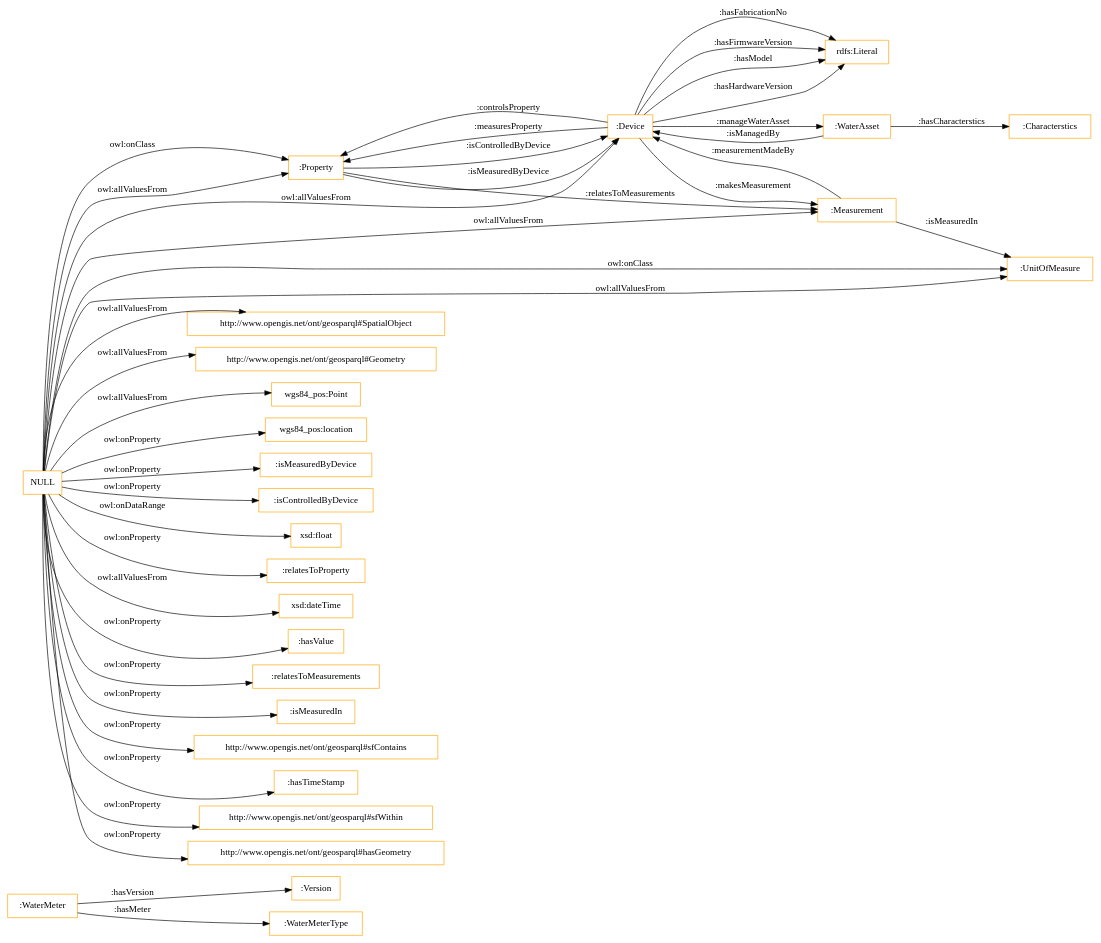
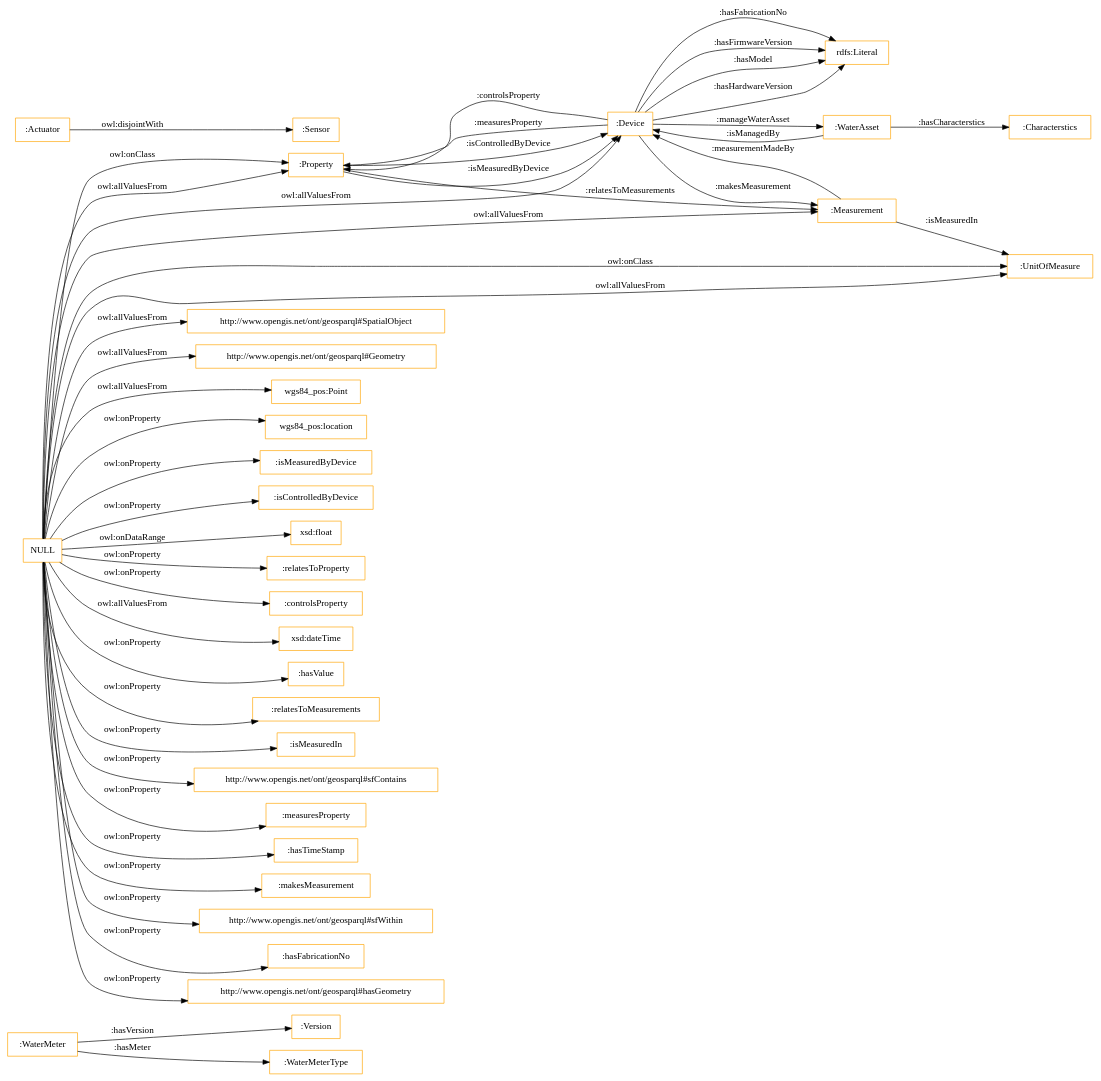
The diagram in OnToology/S4Water.owl/diagrams/ar2dtool-class/S4Water.owl.png.dot (tiwari2019/S4WATR-1), drawn with Graphviz before and after one commit. The commit also changed 8 other files, not shown here.

```diff
--- a/OnToology/S4Water.owl/diagrams/ar2dtool-class/S4Water.owl.png.dot
+++ b/OnToology/S4Water.owl/diagrams/ar2dtool-class/S4Water.owl.png.dot
@@ -1,45 +1,50 @@
 digraph ar2dtool_diagram { 
 rankdir=LR;
 size="1501"
-node [shape = rectangle, color="orange"]; ":Version" ":Property" ":WaterMeterType" ":WaterAsset" ":WaterMeter" ":Device" "http://www.opengis.net/ont/geosparql#SpatialObject" "http://www.opengis.net/ont/geosparql#Geometry" ":UnitOfMeasure" "wgs84_pos:Point" ":Measurement" ":Characterstics" ; /*classes style*/
+node [shape = rectangle, color="orange"]; ":Version" ":Property" ":WaterMeterType" ":WaterAsset" ":Sensor" ":WaterMeter" ":Device" "http://www.opengis.net/ont/geosparql#SpatialObject" "http://www.opengis.net/ont/geosparql#Geometry" ":UnitOfMeasure" "wgs84_pos:Point" ":Measurement" ":Characterstics" ":Actuator" ; /*classes style*/
 	"NULL" -> "wgs84_pos:location" [ label = "owl:onProperty" ];
 	"NULL" -> "wgs84_pos:Point" [ label = "owl:allValuesFrom" ];
 	"NULL" -> ":isMeasuredByDevice" [ label = "owl:onProperty" ];
 	"NULL" -> ":isControlledByDevice" [ label = "owl:onProperty" ];
 	"NULL" -> ":Measurement" [ label = "owl:allValuesFrom" ];
 	"NULL" -> "xsd:float" [ label = "owl:onDataRange" ];
 	"NULL" -> "http://www.opengis.net/ont/geosparql#Geometry" [ label = "owl:allValuesFrom" ];
 	"NULL" -> ":relatesToProperty" [ label = "owl:onProperty" ];
+	"NULL" -> ":controlsProperty" [ label = "owl:onProperty" ];
 	"NULL" -> "xsd:dateTime" [ label = "owl:allValuesFrom" ];
 	"NULL" -> ":hasValue" [ label = "owl:onProperty" ];
 	"NULL" -> ":relatesToMeasurements" [ label = "owl:onProperty" ];
 	"NULL" -> "http://www.opengis.net/ont/geosparql#SpatialObject" [ label = "owl:allValuesFrom" ];
 	"NULL" -> ":Property" [ label = "owl:onClass" ];
 	"NULL" -> ":UnitOfMeasure" [ label = "owl:allValuesFrom" ];
 	"NULL" -> ":UnitOfMeasure" [ label = "owl:onClass" ];
 	"NULL" -> ":isMeasuredIn" [ label = "owl:onProperty" ];
 	"NULL" -> "http://www.opengis.net/ont/geosparql#sfContains" [ label = "owl:onProperty" ];
+	"NULL" -> ":measuresProperty" [ label = "owl:onProperty" ];
 	"NULL" -> ":hasTimeStamp" [ label = "owl:onProperty" ];
+	"NULL" -> ":makesMeasurement" [ label = "owl:onProperty" ];
 	"NULL" -> "http://www.opengis.net/ont/geosparql#sfWithin" [ label = "owl:onProperty" ];
+	"NULL" -> ":hasFabricationNo" [ label = "owl:onProperty" ];
 	"NULL" -> ":Property" [ label = "owl:allValuesFrom" ];
 	"NULL" -> "http://www.opengis.net/ont/geosparql#hasGeometry" [ label = "owl:onProperty" ];
 	"NULL" -> ":Device" [ label = "owl:allValuesFrom" ];
+	":Actuator" -> ":Sensor" [ label = "owl:disjointWith" ];
 	":WaterAsset" -> ":Characterstics" [ label = ":hasCharacterstics" ];
 	":Measurement" -> ":Device" [ label = ":measurementMadeBy" ];
 	":Device" -> ":WaterAsset" [ label = ":manageWaterAsset" ];
 	":Device" -> "rdfs:Literal" [ label = ":hasModel" ];
 	":Property" -> ":Device" [ label = ":isControlledByDevice" ];
 	":Device" -> "rdfs:Literal" [ label = ":hasHardwareVersion" ];
 	":WaterMeter" -> ":Version" [ label = ":hasVersion" ];
 	":Property" -> ":Measurement" [ label = ":relatesToMeasurements" ];
 	":Device" -> ":Measurement" [ label = ":makesMeasurement" ];
 	":Device" -> "rdfs:Literal" [ label = ":hasFabricationNo" ];
 	":Device" -> "rdfs:Literal" [ label = ":hasFirmwareVersion" ];
 	":Device" -> ":Property" [ label = ":controlsProperty" ];
 	":WaterAsset" -> ":Device" [ label = ":isManagedBy" ];
 	":Property" -> ":Device" [ label = ":isMeasuredByDevice" ];
 	":WaterMeter" -> ":WaterMeterType" [ label = ":hasMeter" ];
 	":Measurement" -> ":UnitOfMeasure" [ label = ":isMeasuredIn" ];
 	":Device" -> ":Property" [ label = ":measuresProperty" ];
 
 }
```
